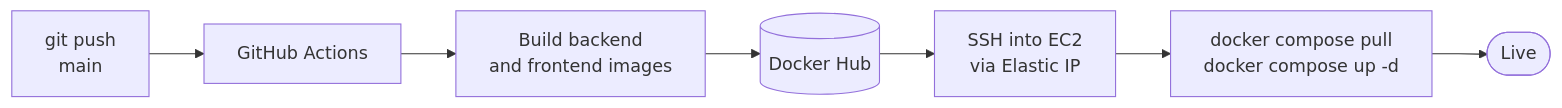
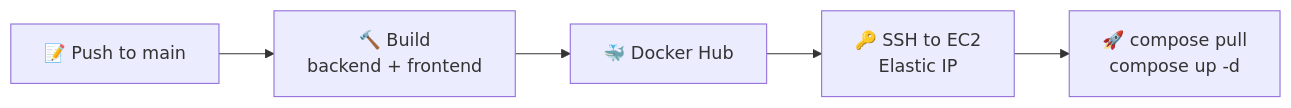
One commit to GitadarshSingh/marquee-movie-booking changed the third of 3 diagrams in README.md. Above: the diagram before and after it, drawn with Mermaid. The commit also changed other lines of this file, not shown here.

````diff
--- a/README.md
+++ b/README.md
@@ -171,9 +195,7 @@
 ```mermaid
 flowchart LR
-    A[git push<br/>main] --> B[GitHub Actions]
-    B --> C[Build backend<br/>and frontend images]
-    C --> D[(Docker Hub)]
-    D --> E[SSH into EC2<br/>via Elastic IP]
-    E --> F[docker compose pull<br/>docker compose up -d]
-    F --> G([Live])
+    A["📝 Push to main"] --> B["🔨 Build<br/>backend + frontend"]
+    B --> C["🐳 Docker Hub"]
+    C --> D["🔑 SSH to EC2<br/>Elastic IP"]
+    D --> E["🚀 compose pull<br/>compose up -d"]
 ```
````
